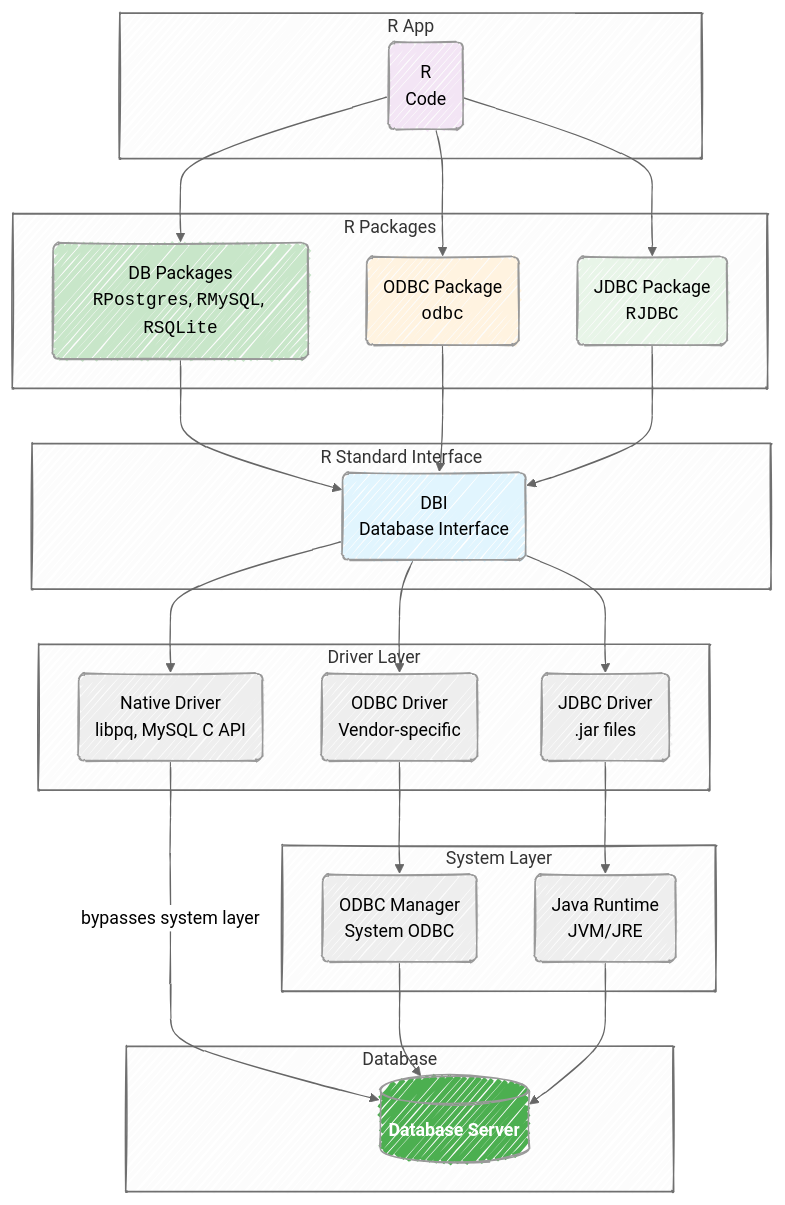
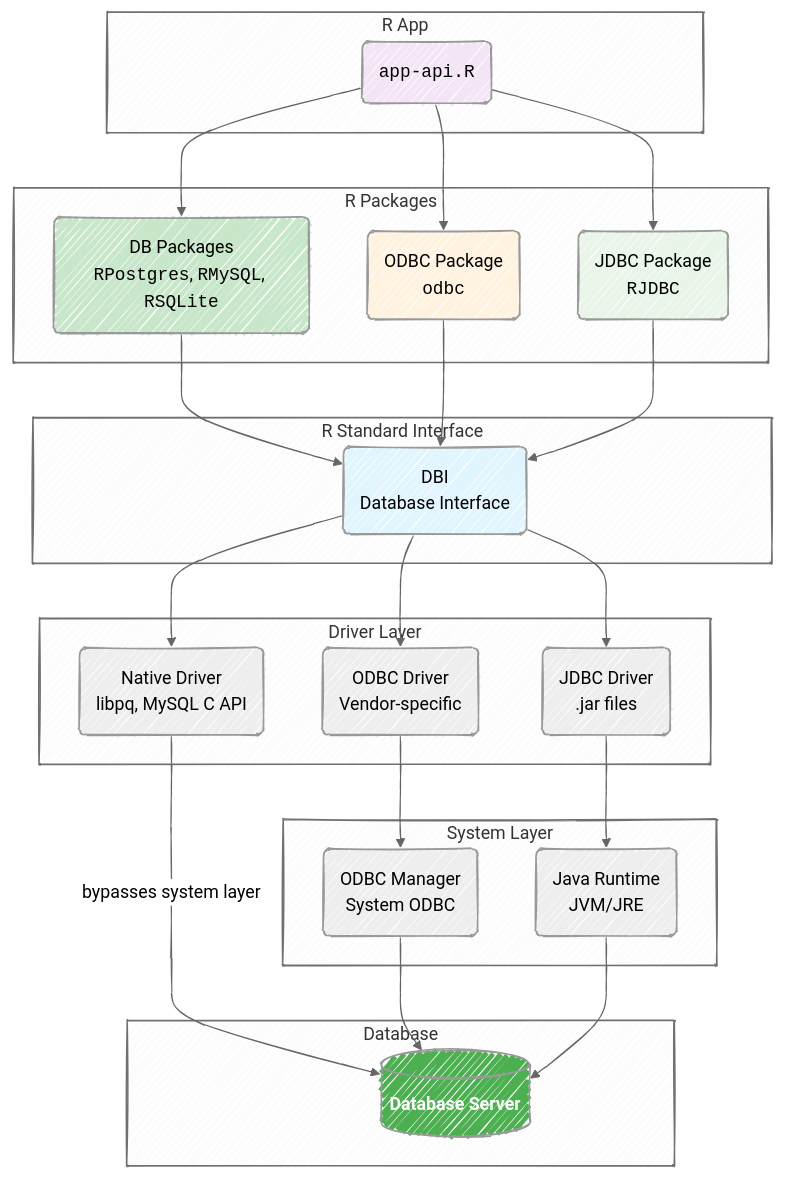
One commit to mjfrigaard/do4ds-labs changed the second of 6 diagrams in lab3.qmd. Above: the diagram before and after it, drawn with Mermaid. The commit also changed other lines of this file and 62 other files, not shown here.

````diff
--- a/lab3.qmd
+++ b/lab3.qmd
@@ -117,64 +117,64 @@
 ```{mermaid}
 %%| fig-cap: 'R Database Connection Pathways'
 %%| fig-align: center
 %%{init: {'theme': 'neutral', 'look': 'handDrawn', 'themeVariables': { 'fontFamily': 'monospace'}}}%%
 
 graph TB
     subgraph "R App"
-        A("R<br>Code")
+        A("<code>app-api.R</code>")
     end
     
     subgraph "R Packages"
         B("DB Packages<br/><code>RPostgres</code>, <code>RMySQL</code>, <code>RSQLite</code>")
         C("ODBC Package<br/><code>odbc</code>")
         D("JDBC Package<br/><code>RJDBC</code>")
     end
     
     subgraph "R Standard Interface"
         E("DBI<br/>Database Interface")
     end
     
     subgraph "Driver Layer"
         F("Native Driver<br/>libpq, MySQL C API")
         G("ODBC Driver<br/>Vendor-specific")
         H("JDBC Driver<br/>.jar files")
     end
     
     subgraph "System Layer"
         I("ODBC Manager<br/>System ODBC")
         J("Java Runtime<br/>JVM/JRE")
     end
     
     subgraph "Database"
         K[("<strong>Database Server</strong>")]
     end
     
     %% All paths go through DBI
     A --> B
     A --> C  
     A --> D
     B --> E
     C --> E
     D --> E
     
     %% Direct pathway (bypasses system layer)
     E --> F
     F --"bypasses system layer"--> K
     
     %% ODBC pathway  
     E --> G
     G --> I
     I --> K
     
     %% JDBC pathway
     E --> H
     H --> J
     J --> K
     
     style A fill:#f3e5f5
     style E fill:#e1f5fe
     style B fill:#c8e6c9
     style C fill:#fff3e0
     style D fill:#e8f5e8
     style K fill:#4caf50,color:#fff
 ```
````
